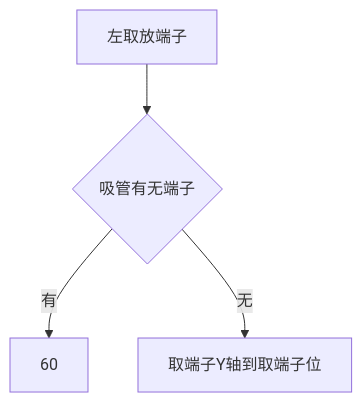
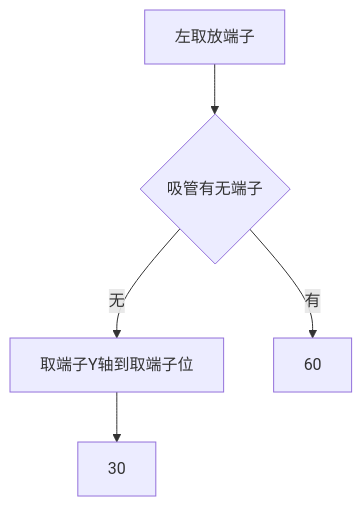
The diagram in all/VR-OP90左取放端子.md (zmq000/iodraw-files), drawn with Mermaid before and after one commit.

Commit message:
2026-06-18 10:34:45 update

````diff
--- a/all/VR-OP90左取放端子.md
+++ b/all/VR-OP90左取放端子.md
@@ -1,7 +1,8 @@
 ```mermaid
 graph TD
 0[左取放端子]-->10
 10{吸管有无端子}-->|有|60
 10-->|无|20
-20[取端子Y轴到取端子位]
+20[取端子Y轴到取端子位]-->30
+
 ```
````
